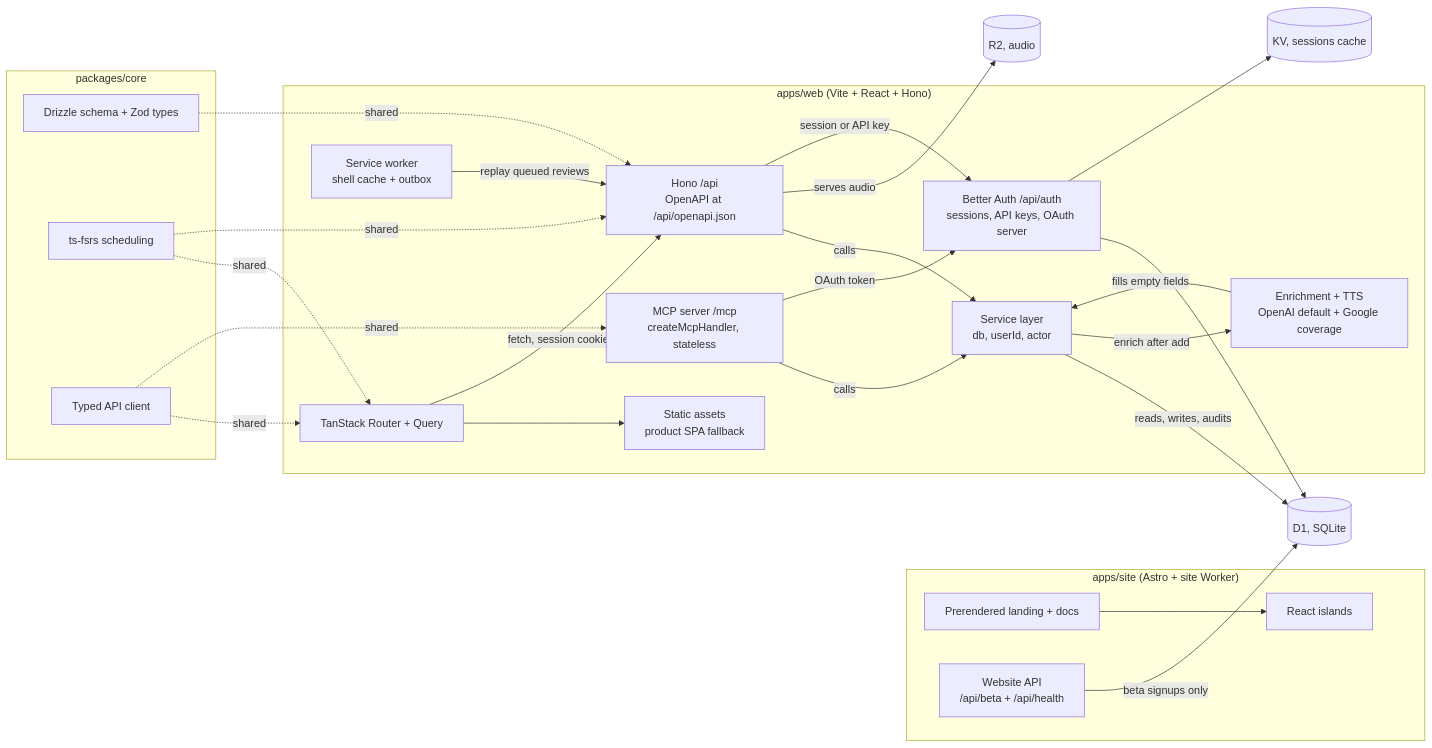
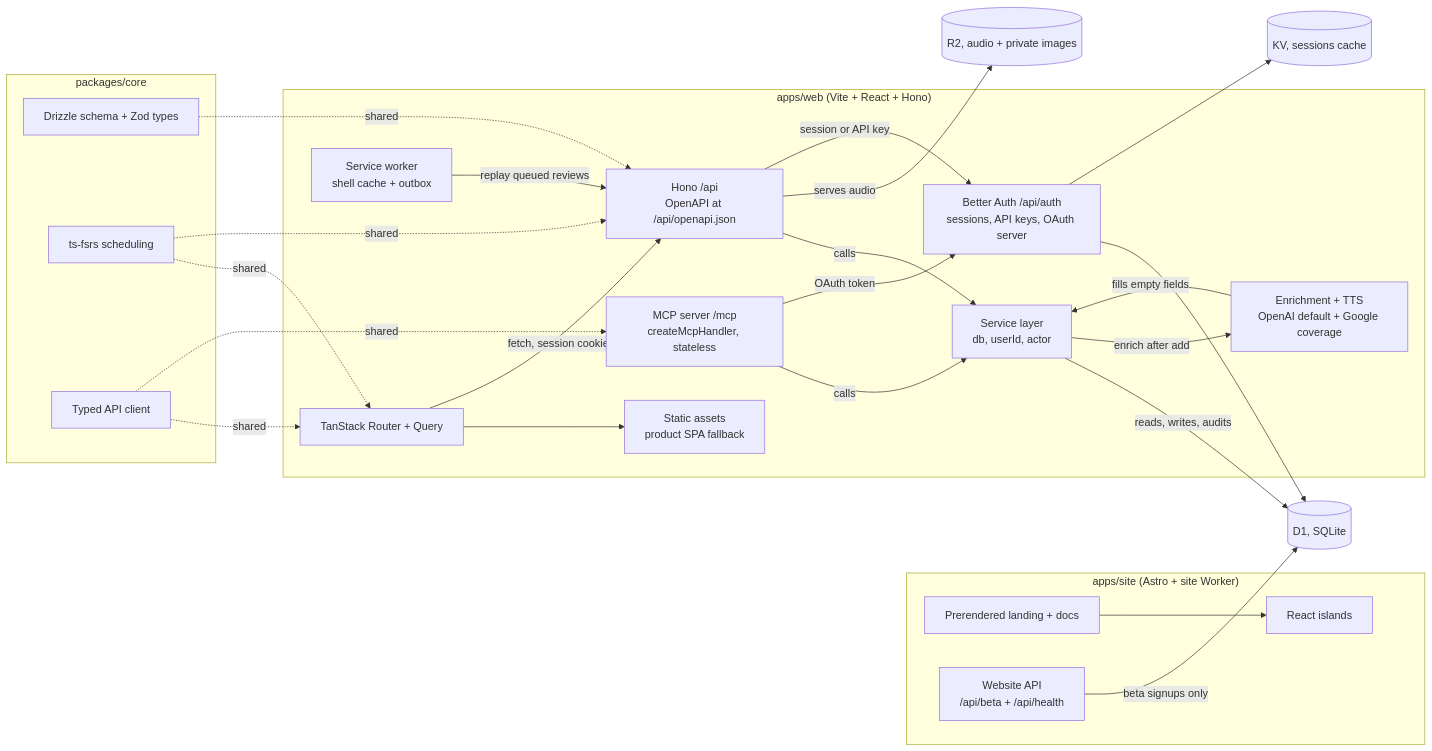
Before and after one commit to krambertech/lymi: the diagram in docs/stack.md, drawn with Mermaid. The commit also changed other lines of this file and 43 other files, not shown here.

````diff
--- a/docs/stack.md
+++ b/docs/stack.md
@@ -9,47 +9,47 @@
 ```mermaid
 flowchart LR
   subgraph Site["apps/site (Astro + site Worker)"]
     Public[Prerendered landing + docs]
     Islands[React islands]
     Beta[Website API\n/api/beta + /api/health]
   end
   subgraph Product["apps/web (Vite + React + Hono)"]
     UI[TanStack Router + Query]
     SW[Service worker\nshell cache + outbox]
     Assets[Static assets\nproduct SPA fallback]
     API[Hono /api\nOpenAPI at /api/openapi.json]
     Services[Service layer\ndb, userId, actor]
     Auth[Better Auth /api/auth\nsessions, API keys, OAuth server]
     MCP[MCP server /mcp\ncreateMcpHandler, stateless]
     AI[Enrichment + TTS\nOpenAI default + Google coverage]
   end
   subgraph Core["packages/core"]
     Schema[Drizzle schema + Zod types]
     FSRS[ts-fsrs scheduling]
     Client[Typed API client]
   end
   D1[(D1, SQLite)]
-  R2[(R2, audio)]
+  R2[(R2, audio + private images)]
   KV[(KV, sessions cache)]
 
   Public --> Islands
   Beta -->|beta signups only| D1
   UI --> Assets
   UI -->|fetch, session cookie| API
   SW -->|replay queued reviews| API
   API -->|calls| Services
   MCP -->|calls| Services
   Services -->|reads, writes, audits| D1
   Services -->|enrich after add| AI
   AI -->|fills empty fields| Services
   API -->|serves audio| R2
   API -->|session or API key| Auth
   MCP -->|OAuth token| Auth
   Auth --> D1
   Auth --> KV
   Client -.shared.-> UI
   Client -.shared.-> MCP
   Schema -.shared.-> API
   FSRS -.shared.-> UI
   FSRS -.shared.-> API
 ```
````
